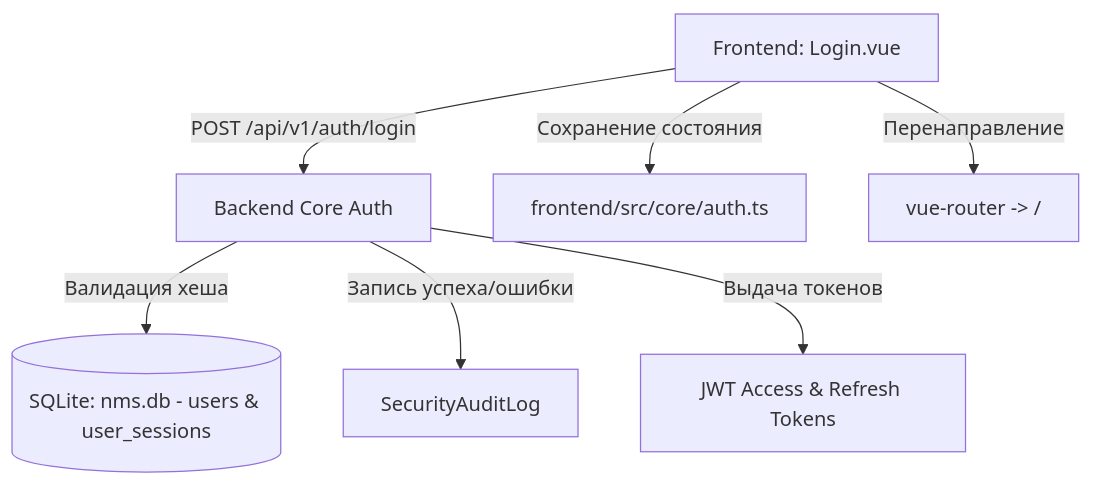
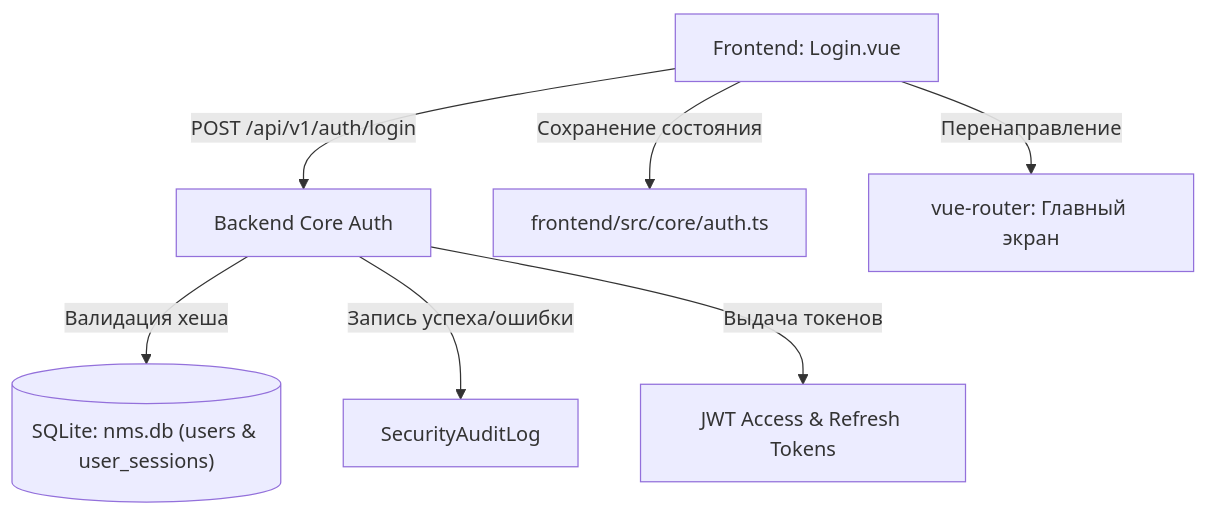
Before and after one commit to Apofixc/nms-webui: the diagram in docs/wiki/02-usage/09-authentication-and-login.md, drawn with Mermaid. The commit also changed 10 other files, not shown here.

````diff
--- a/docs/wiki/02-usage/09-authentication-and-login.md
+++ b/docs/wiki/02-usage/09-authentication-and-login.md
@@ -49,9 +49,9 @@
 ```mermaid
 graph TD
-    UI[Frontend: Login.vue] -->|POST /api/v1/auth/login| API[Backend Core Auth]
-    API -->|Валидация хеша| DB[(SQLite: nms.db - users & user_sessions)]
-    API -->|Запись успеха/ошибки| Audit[SecurityAuditLog]
-    API -->|Выдача токенов| Token[JWT Access & Refresh Tokens]
-    UI -->|Сохранение состояния| Store[frontend/src/core/auth.ts]
-    UI -->|Перенаправление| Router[vue-router -> /]
+    UI["Frontend: Login.vue"] -->|POST /api/v1/auth/login| API["Backend Core Auth"]
+    API -->|Валидация хеша| DB[("SQLite: nms.db (users & user_sessions)")]
+    API -->|Запись успеха/ошибки| Audit["SecurityAuditLog"]
+    API -->|Выдача токенов| Token["JWT Access & Refresh Tokens"]
+    UI -->|Сохранение состояния| Store["frontend/src/core/auth.ts"]
+    UI -->|Перенаправление| Router["vue-router: Главный экран"]
 ```
````
